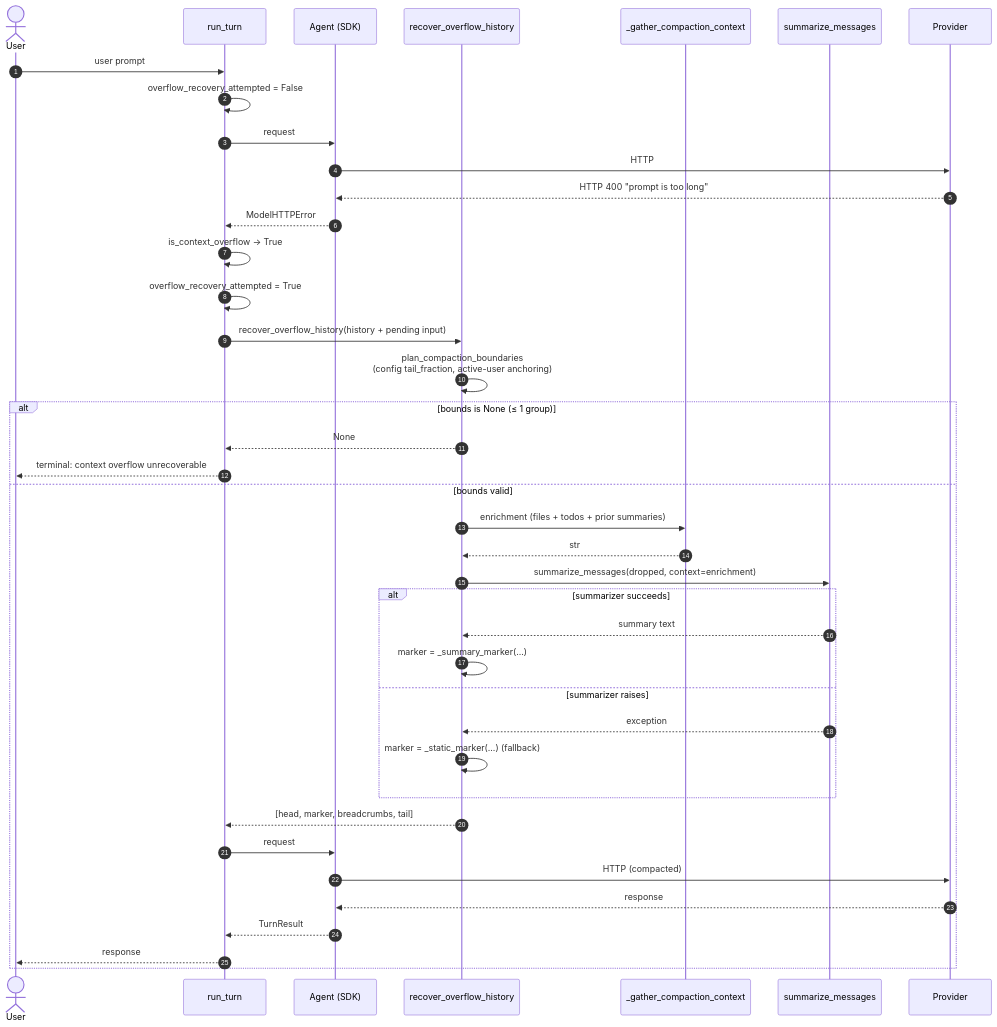
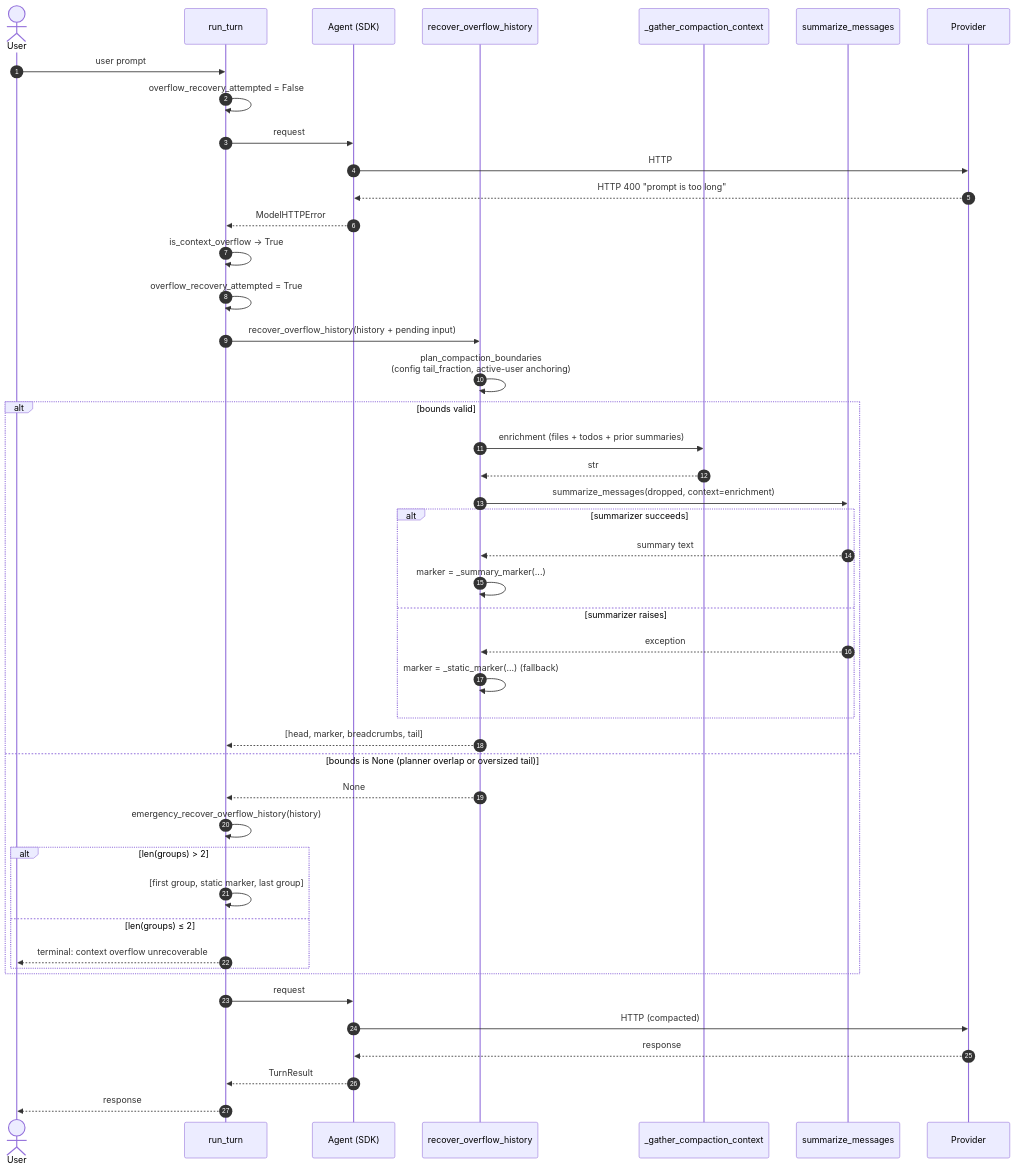
One commit to binlecode/co-cli changed the third of 7 diagrams in docs/specs/compaction.md. Above: the diagram before and after it, drawn with Mermaid. The commit also changed other lines of this file and 7 other files, not shown here.

````diff
--- a/docs/specs/compaction.md
+++ b/docs/specs/compaction.md
@@ -140,43 +146,48 @@
 ```mermaid
 sequenceDiagram
     autonumber
     actor U as User
     participant RT as run_turn
     participant AG as Agent (SDK)
     participant R as recover_overflow_history
     participant E as _gather_compaction_context
     participant S as summarize_messages
     participant M as Provider
 
     U->>RT: user prompt
     RT->>RT: overflow_recovery_attempted = False
     RT->>AG: request #1
     AG->>M: HTTP
     M-->>AG: HTTP 400 "prompt is too long"
     AG-->>RT: ModelHTTPError
     RT->>RT: is_context_overflow → True
     RT->>RT: overflow_recovery_attempted = True
     RT->>R: recover_overflow_history(history + pending input)
     R->>R: plan_compaction_boundaries<br/>(config tail_fraction, active-user anchoring)
-    alt bounds is None (≤ 1 group)
-        R-->>RT: None
-        RT-->>U: terminal: context overflow unrecoverable
-    else bounds valid
+    alt bounds valid
         R->>E: enrichment (files + todos + prior summaries)
         E-->>R: str
         R->>S: summarize_messages(dropped, context=enrichment)
         alt summarizer succeeds
             S-->>R: summary text
             R->>R: marker = _summary_marker(...)
         else summarizer raises
             S-->>R: exception
             R->>R: marker = _static_marker(...) (fallback)
         end
         R-->>RT: [head, marker, breadcrumbs, tail]
-        RT->>AG: request #2 (retry)
-        AG->>M: HTTP (compacted)
-        M-->>AG: response
-        AG-->>RT: TurnResult
-        RT-->>U: response
+    else bounds is None (planner overlap or oversized tail)
+        R-->>RT: None
+        RT->>RT: emergency_recover_overflow_history(history)
+        alt len(groups) > 2
+            RT->>RT: [first group, static marker, last group]
+        else len(groups) ≤ 2
+            RT-->>U: terminal: context overflow unrecoverable
+        end
     end
+    RT->>AG: request #2 (retry)
+    AG->>M: HTTP (compacted)
+    M-->>AG: response
+    AG-->>RT: TurnResult
+    RT-->>U: response
 ```
````
